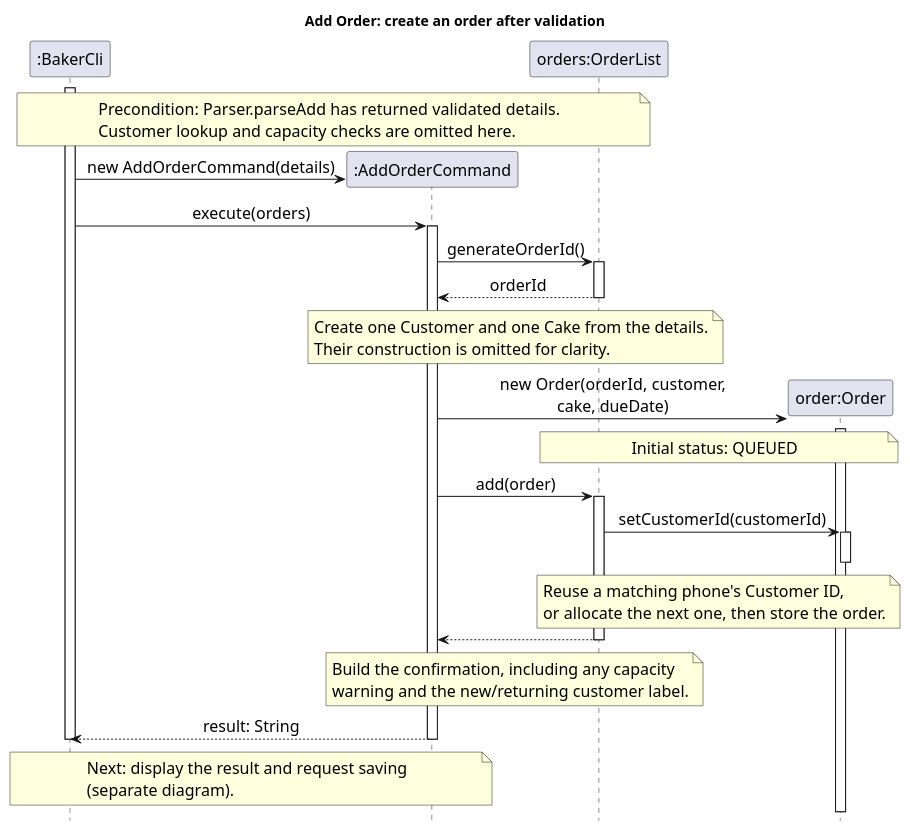
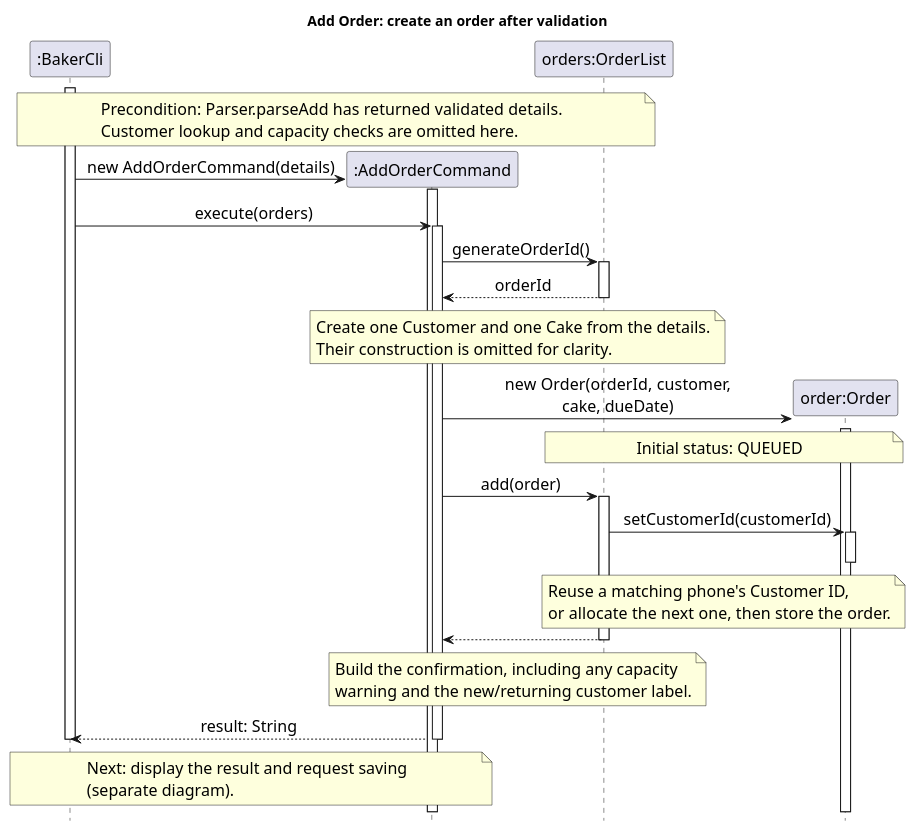
The diagram in docs/diagrams/add-order-sequence.puml (AY2627S1-CS2113-W12-1/tp), drawn with PlantUML before and after one commit. The commit also changed 18 other files, not shown here.

First line of the commit message:
Fix DG sequence diagrams

```diff
--- a/docs/diagrams/add-order-sequence.puml
+++ b/docs/diagrams/add-order-sequence.puml
@@ -1,59 +1,61 @@
 @startuml
 ' Author: Eethanzyj
 title Add Order: create an order after validation
 skinparam backgroundColor white
 skinparam defaultFontName SansSerif
 skinparam defaultFontSize 16
 skinparam sequenceMessageAlign center
 hide footbox
 
 participant ":BakerCli" as Cli
 participant ":AddOrderCommand" as Add
 participant "orders:OrderList" as Orders
 participant "order:Order" as Order
 
 note over Cli, Orders
   Precondition: Parser.parseAdd has returned validated details.
   Customer lookup and capacity checks are omitted here.
 end note
 activate Cli
 create Add
 Cli -> Add : new AddOrderCommand(details)
+activate Add
+deactivate Add
 Cli -> Add : execute(orders)
 activate Add
 Add -> Orders : generateOrderId()
 activate Orders
 Orders --> Add : orderId
 deactivate Orders
 note over Add, Orders
   Create one Customer and one Cake from the details.
   Their construction is omitted for clarity.
 end note
 create Order
 Add -> Order : new Order(orderId, customer,\ncake, dueDate)
 activate Order
 note over Orders, Order : Initial status: QUEUED
 deactivate Order
 Add -> Orders : add(order)
 activate Orders
 Orders -> Order : setCustomerId(customerId)
 activate Order
 deactivate Order
 note over Orders, Order
   Reuse a matching phone's Customer ID,
   or allocate the next one, then store the order.
 end note
 Orders --> Add
 deactivate Orders
 note over Add, Orders
   Build the confirmation, including any capacity
   warning and the new/returning customer label.
 end note
 Add --> Cli : result: String
 deactivate Add
 note over Cli, Add
   Next: display the result and request saving
   (separate diagram).
 end note
 deactivate Cli
 @enduml
```
